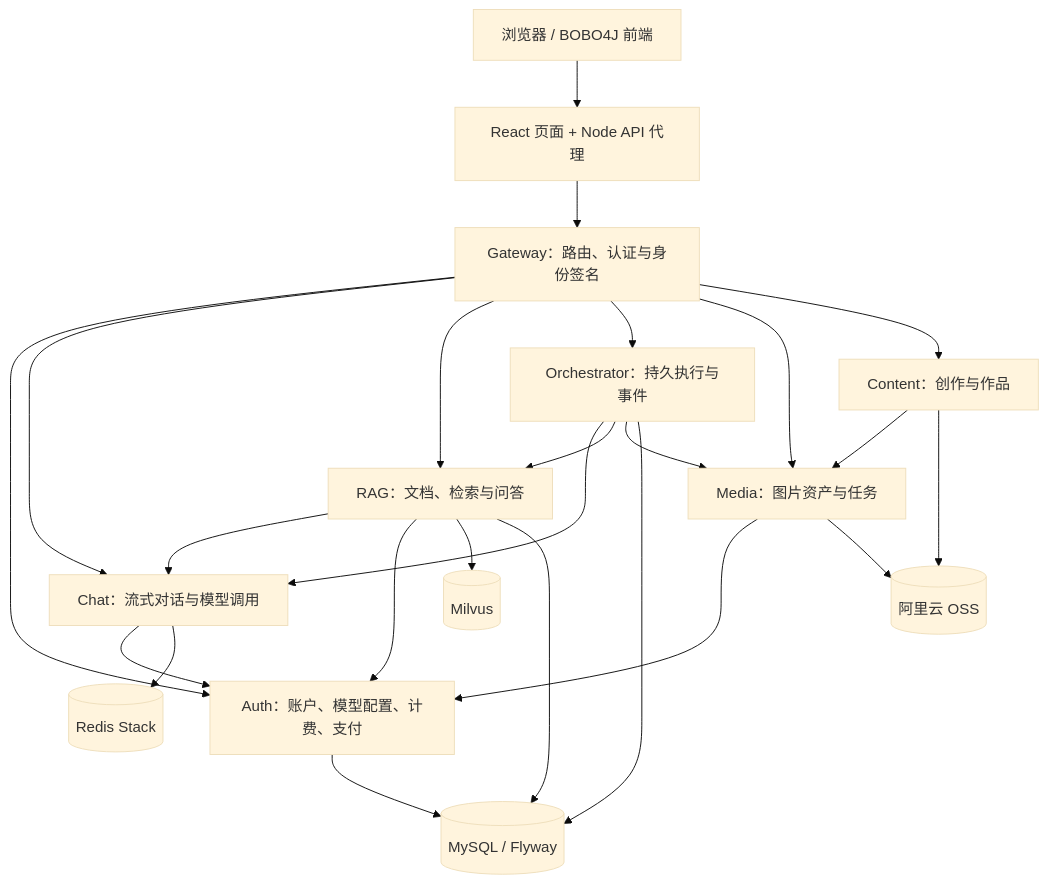
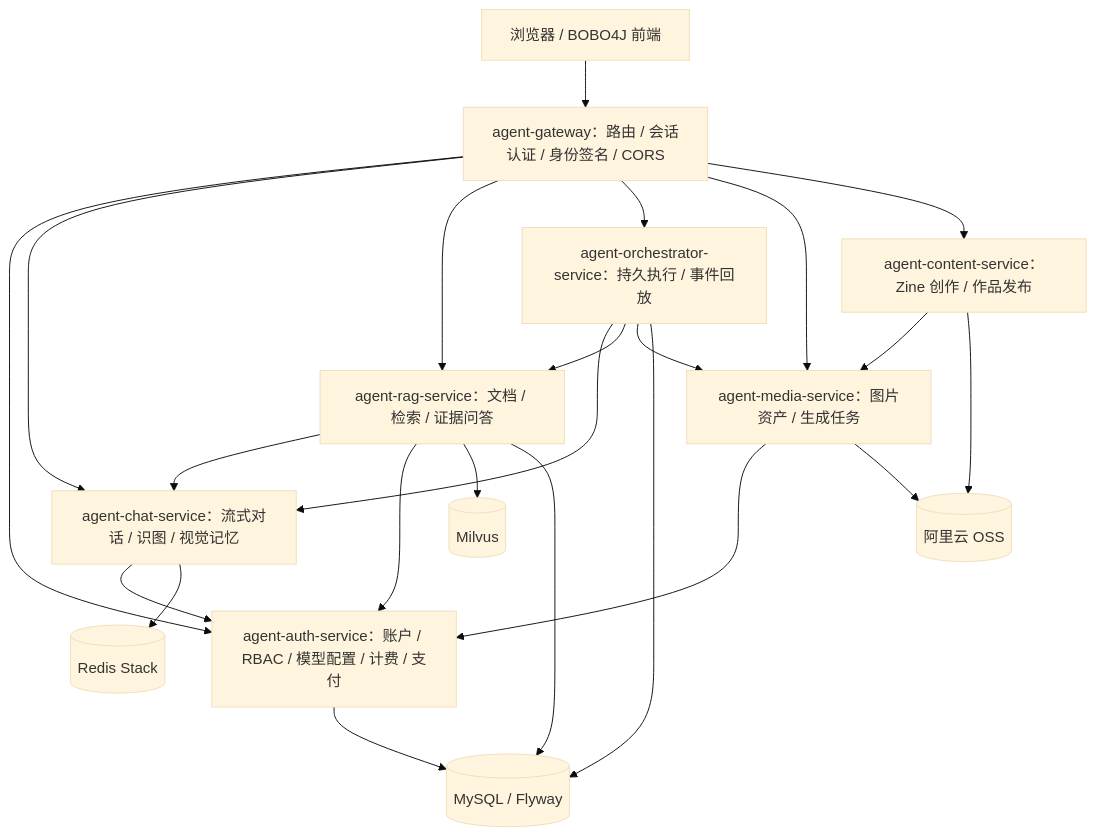
The diagram in README.md (bbb-520/Bobo4j), drawn with Mermaid (base theme) before and after one commit. The commit also changed other lines of this file, not shown here.

````diff
--- a/README.md
+++ b/README.md
@@ -41,26 +11,25 @@
 ```mermaid
 flowchart TB
-    Browser[浏览器 / BOBO4J 前端] --> Web[React 页面 + Node API 代理]
-    Web --> Gateway[Gateway：路由、认证与身份签名]
-    Gateway --> Auth[Auth：账户、模型配置、计费、支付]
-    Gateway --> Chat[Chat：流式对话与模型调用]
-    Gateway --> Rag[RAG：文档、检索与问答]
-    Gateway --> Agent[Orchestrator：持久执行与事件]
-    Gateway --> Media[Media：图片资产与任务]
-    Gateway --> Content[Content：创作与作品]
-    Agent --> Chat
-    Agent --> Rag
-    Agent --> Media
+    Browser[浏览器 / BOBO4J 前端] --> Gateway[agent-gateway：路由 / 会话认证 / 身份签名 / CORS]
+    Gateway --> Auth[agent-auth-service：账户 / RBAC / 模型配置 / 计费 / 支付]
+    Gateway --> Chat[agent-chat-service：流式对话 / 识图 / 视觉记忆]
+    Gateway --> Rag[agent-rag-service：文档 / 检索 / 证据问答]
+    Gateway --> Orchestrator[agent-orchestrator-service：持久执行 / 事件回放]
+    Gateway --> Media[agent-media-service：图片资产 / 生成任务]
+    Gateway --> Content[agent-content-service：Zine 创作 / 作品发布]
+    Orchestrator --> Chat
+    Orchestrator --> Rag
+    Orchestrator --> Media
     Rag --> Chat
     Chat --> Auth
     Rag --> Auth
     Media --> Auth
     Content --> Media
     Rag --> Milvus[(Milvus)]
     Chat --> Redis[(Redis Stack)]
     Auth --> MySQL[(MySQL / Flyway)]
-    Agent --> MySQL
+    Orchestrator --> MySQL
     Rag --> MySQL
     Media --> OSS[(阿里云 OSS)]
     Content --> OSS
 ```
````
